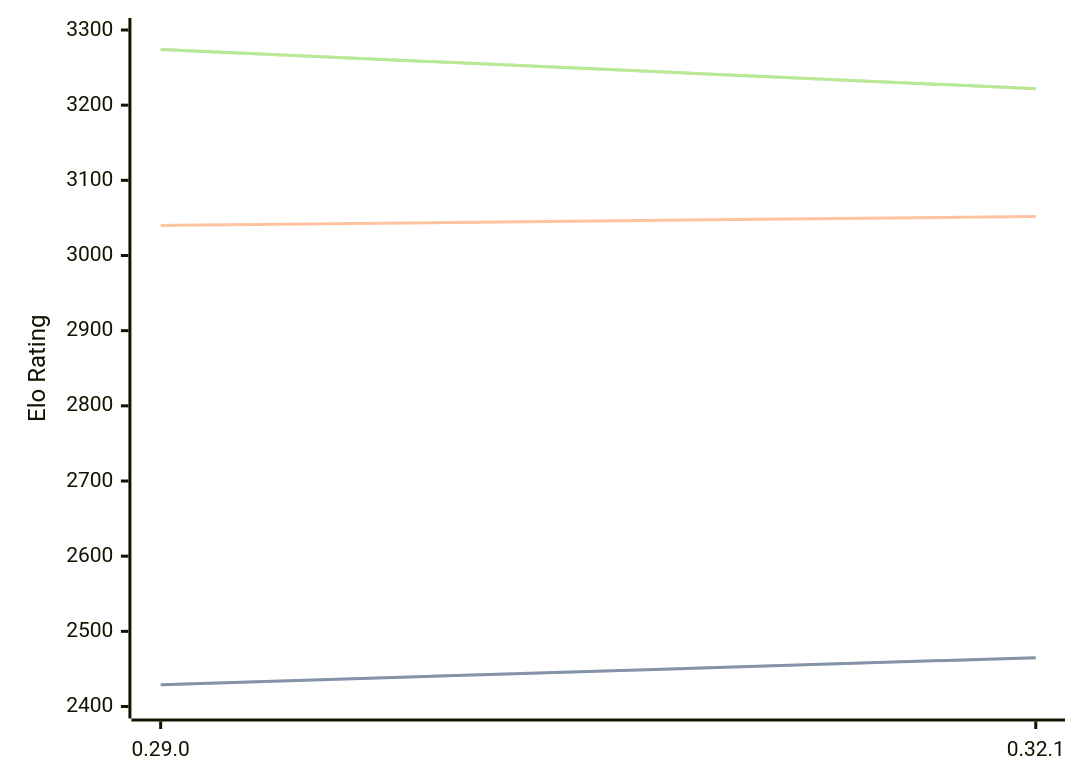
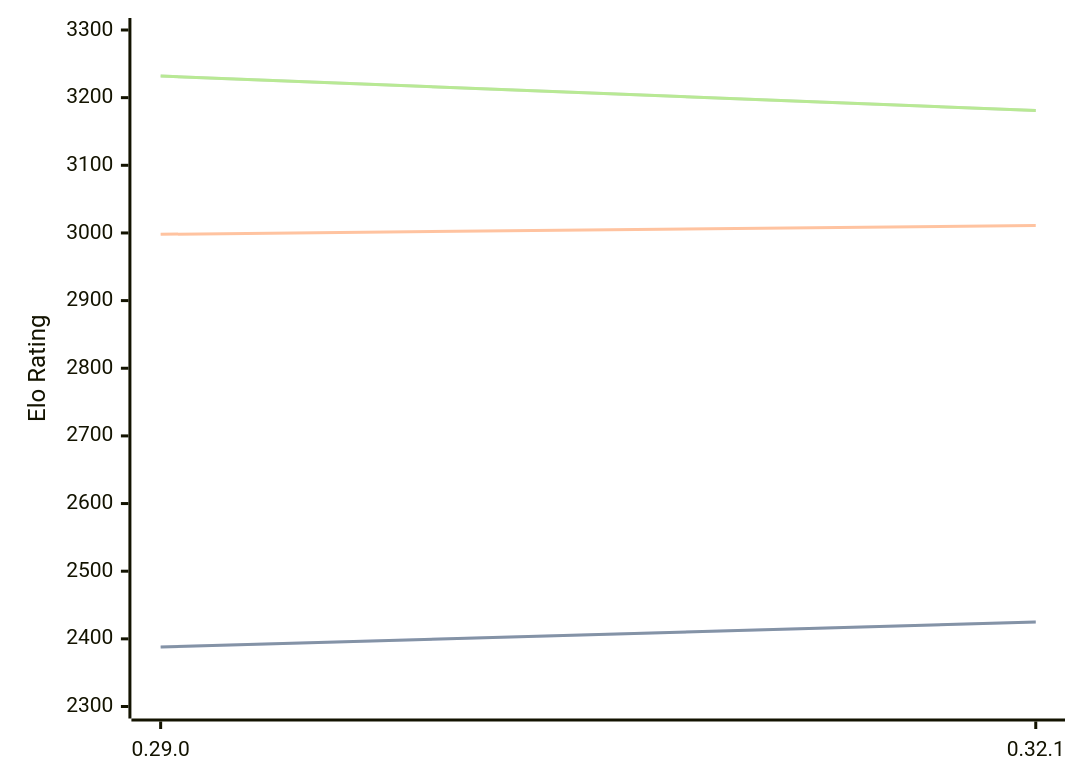
Before and after one commit to computer-chess-index/cci: the diagram in engines/Lc0.md, drawn with Mermaid. The commit also changed other lines of this file, not shown here.

Commit message:
Update CCI Ratings (ELO VLTC) - 2026-05-19

````diff
--- a/engines/Lc0.md
+++ b/engines/Lc0.md
@@ -68,11 +68,11 @@
 ```mermaid
 %%{init: {"theme":"base","themeVariables":{"seriesColors:['#a3a3a3','#222221','#faa371']}}}%%
 xychart-beta
   x-axis ["0.29.0", "0.32.1"]
-  y-axis "Elo Rating" 2400 --> 3300
-  line "STC (8.0+0.08s)" [2429, 2465]
-  line "STC (8.0+0.08s)" [2429, 2465]
-  line "LTC (60.0+0.60s)" [3040, 3052]
-  line "VLTC (2m24s+1.12s)" [3274, 3222]
-  line "VLTC (2m24s+1.12s)" [3274, 3222]
+  y-axis "Elo Rating" 2300 --> 3300
+  line "STC (8.0+0.08s)" [2388, 2425]
+  line "STC (8.0+0.08s)" [2388, 2425]
+  line "LTC (60.0+0.60s)" [2998, 3011]
+  line "VLTC (2m24s+1.12s)" [3232, 3181]
+  line "VLTC (2m24s+1.12s)" [3232, 3181]
 ```
````
